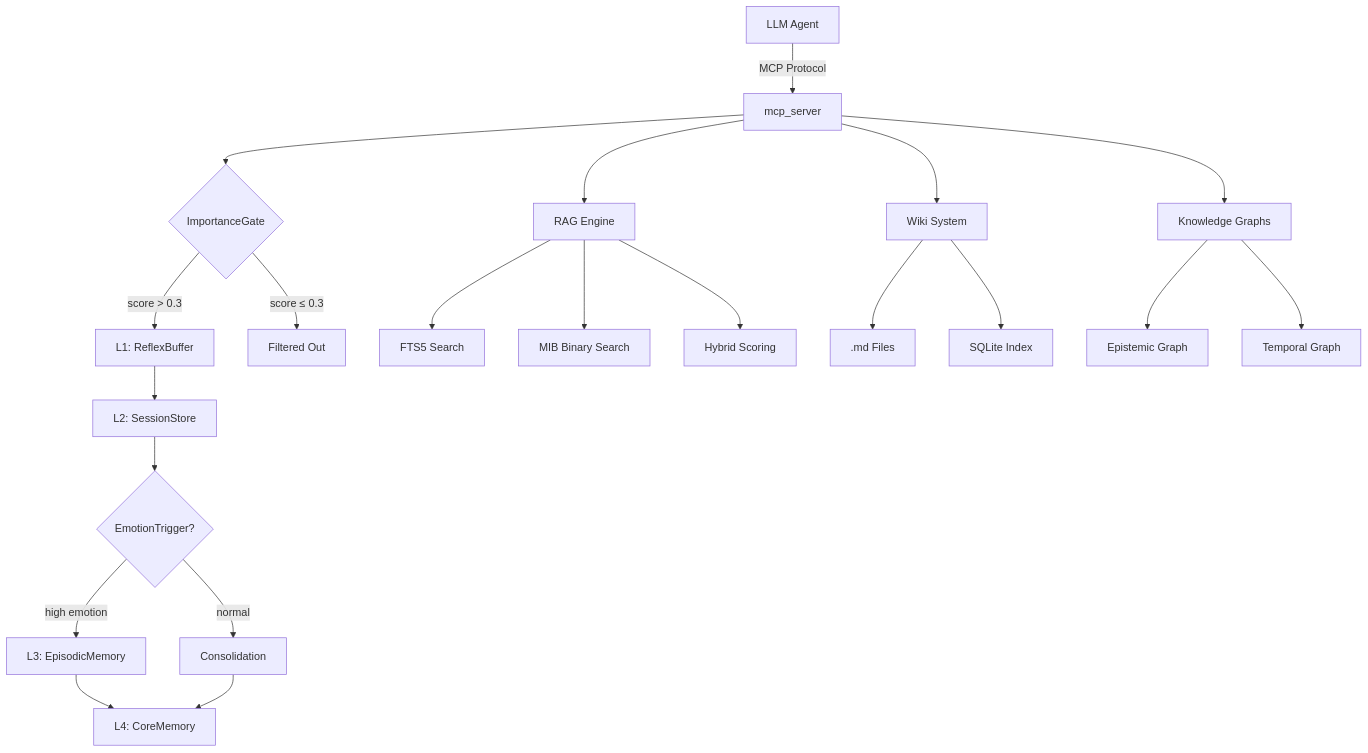
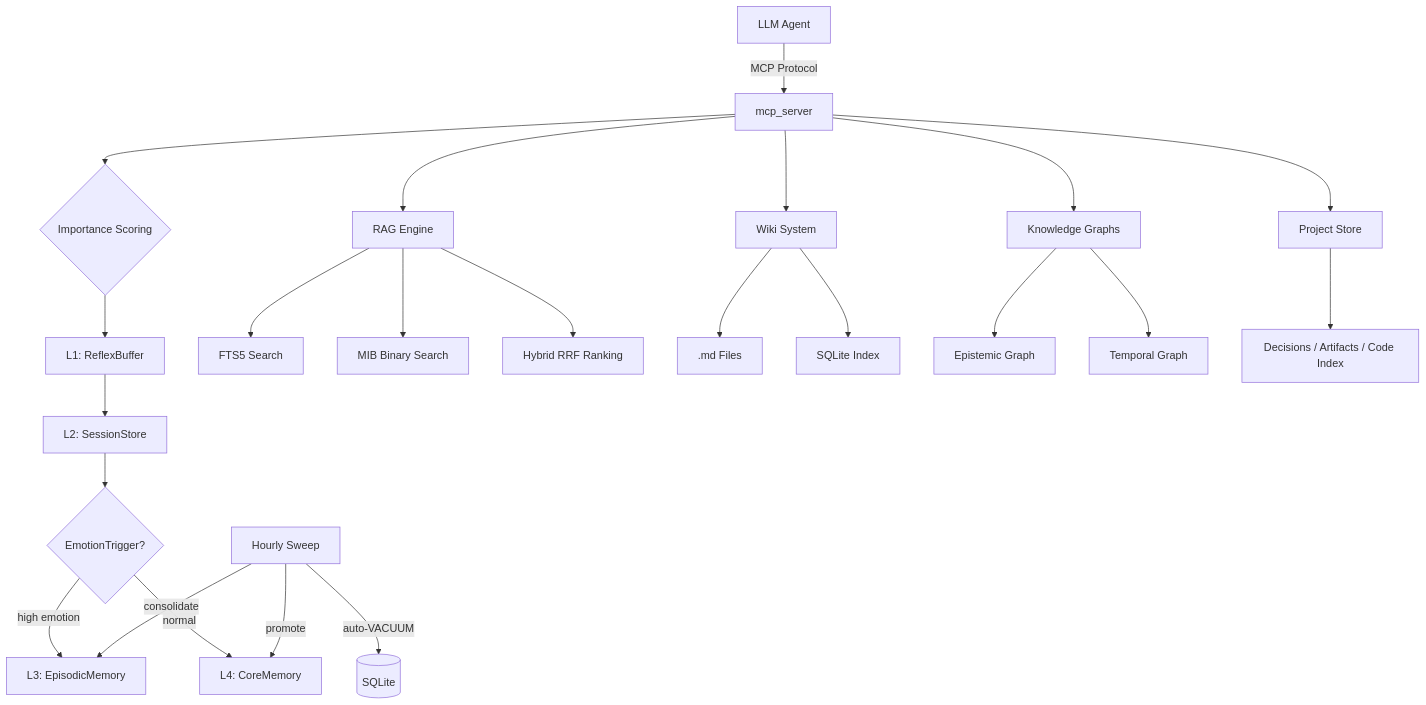
One commit to Cipher208/a-memory changed the diagram in README.md. Above: the diagram before and after it, drawn with Mermaid. The commit also changed other lines of this file and 2 other files, not shown here.

First line of the commit message:
docs(readme): a-memory landing — primitives-first, honest install path

````diff
--- a/README.md
+++ b/README.md
@@ -27,26 +121,30 @@
 ```mermaid
 graph TD
     A[LLM Agent] -->|MCP Protocol| B[mcp_server]
-    B --> C{ImportanceGate}
-    C -->|score > 0.3| D[L1: ReflexBuffer]
-    C -->|score ≤ 0.3| E[Filtered Out]
-    D --> F[L2: SessionStore]
-    F --> G{EmotionTrigger?}
-    G -->|high emotion| H[L3: EpisodicMemory]
-    G -->|normal| I[Consolidation]
-    H --> J[L4: CoreMemory]
-    I --> J
+    B --> C{Importance Scoring}
+    C --> D[L1: ReflexBuffer]
+    D --> E[L2: SessionStore]
+    E --> F{EmotionTrigger?}
+    F -->|high emotion| G[L3: EpisodicMemory]
+    F -->|normal| H[L4: CoreMemory]
 
-    B --> K[RAG Engine]
-    K --> L[FTS5 Search]
-    K --> M[MIB Binary Search]
-    K --> N[Hybrid Scoring]
+    B --> I[RAG Engine]
+    I --> J[FTS5 Search]
+    I --> K[MIB Binary Search]
+    I --> L[Hybrid RRF Ranking]
 
-    B --> O[Wiki System]
-    O --> P[.md Files]
-    O --> Q[SQLite Index]
+    B --> M[Wiki System]
+    M --> N[.md Files]
+    M --> O[SQLite Index]
 
-    B --> R[Knowledge Graphs]
-    R --> S[Epistemic Graph]
-    R --> T[Temporal Graph]
+    B --> P[Knowledge Graphs]
+    P --> Q[Epistemic Graph]
+    P --> R[Temporal Graph]
+
+    B --> S[Project Store]
+    S --> T[Decisions / Artifacts / Code Index]
+
+    U[Hourly Sweep] -->|consolidate| G
+    U -->|promote| H
+    U -->|auto-VACUUM| V[(SQLite)]
 ```
````
